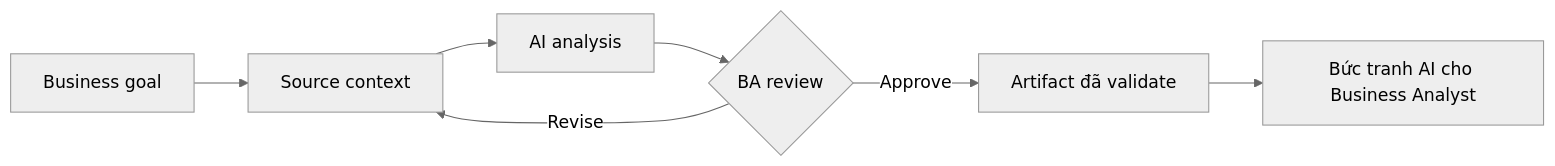
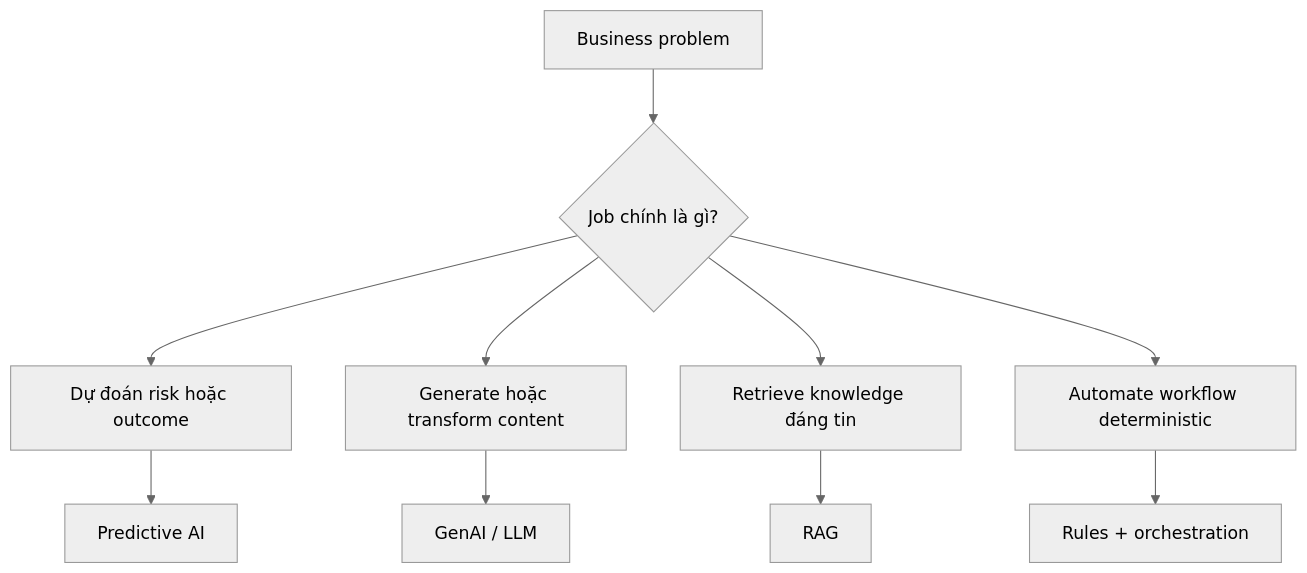
The diagram in docs/vi/lessons/ai-landscape-for-ba/index.md (anhtnt90dev/ai-for-ba), drawn with Mermaid (neutral theme) before and after one commit. The commit also changed other lines of this file and 64 other files, not shown here.

````diff
--- a/docs/vi/lessons/ai-landscape-for-ba/index.md
+++ b/docs/vi/lessons/ai-landscape-for-ba/index.md
@@ -39,9 +38,12 @@
 ```mermaid
-flowchart LR
-    A["Business goal"] --> B["Source context"]
-    B --> C["AI analysis"]
-    C --> D{"BA review"}
-    D -->|"Revise"| B
-    D -->|"Approve"| E["Artifact đã validate"]
-    E --> F["Bức tranh AI cho Business Analyst"]
+flowchart TD
+    A["Business problem"] --> B{"Job chính là gì?"}
+    B --> C["Dự đoán risk hoặc outcome"]
+    B --> D["Generate hoặc transform content"]
+    B --> E["Retrieve knowledge đáng tin"]
+    B --> F["Automate workflow deterministic"]
+    C --> C1["Predictive AI"]
+    D --> D1["GenAI / LLM"]
+    E --> E1["RAG"]
+    F --> F1["Rules + orchestration"]
 ```
````
